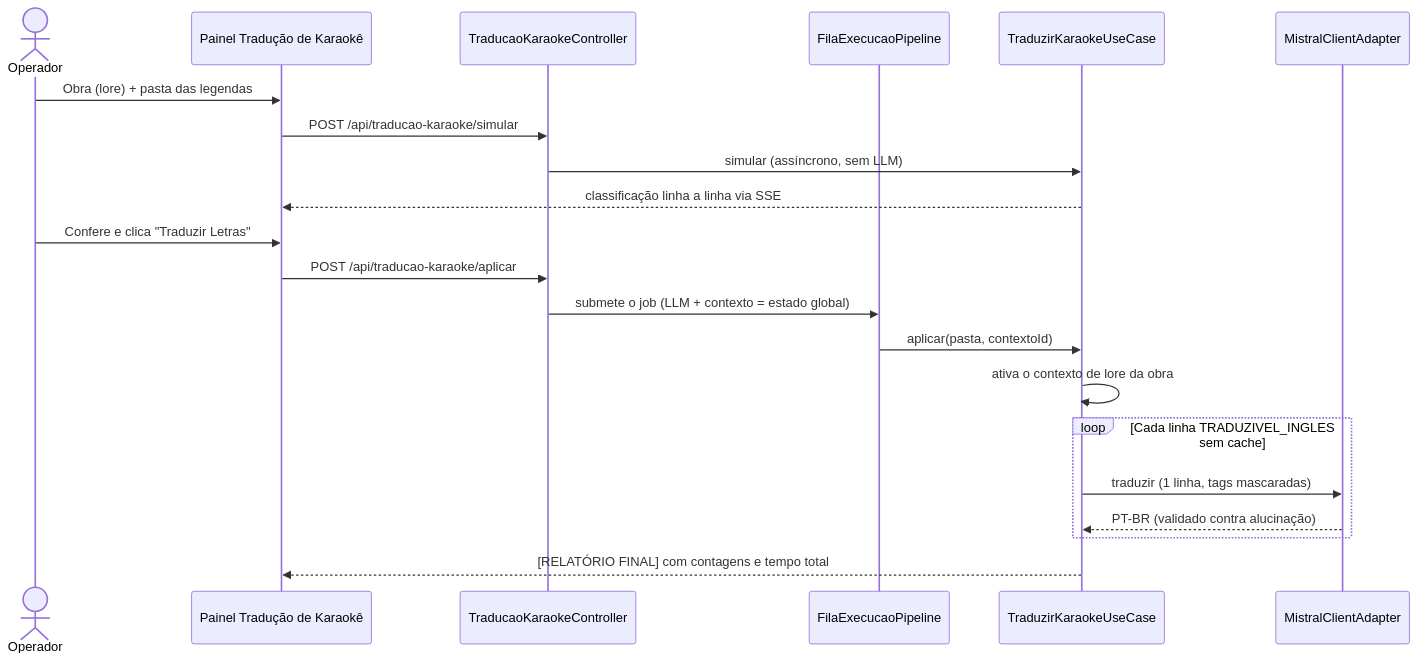
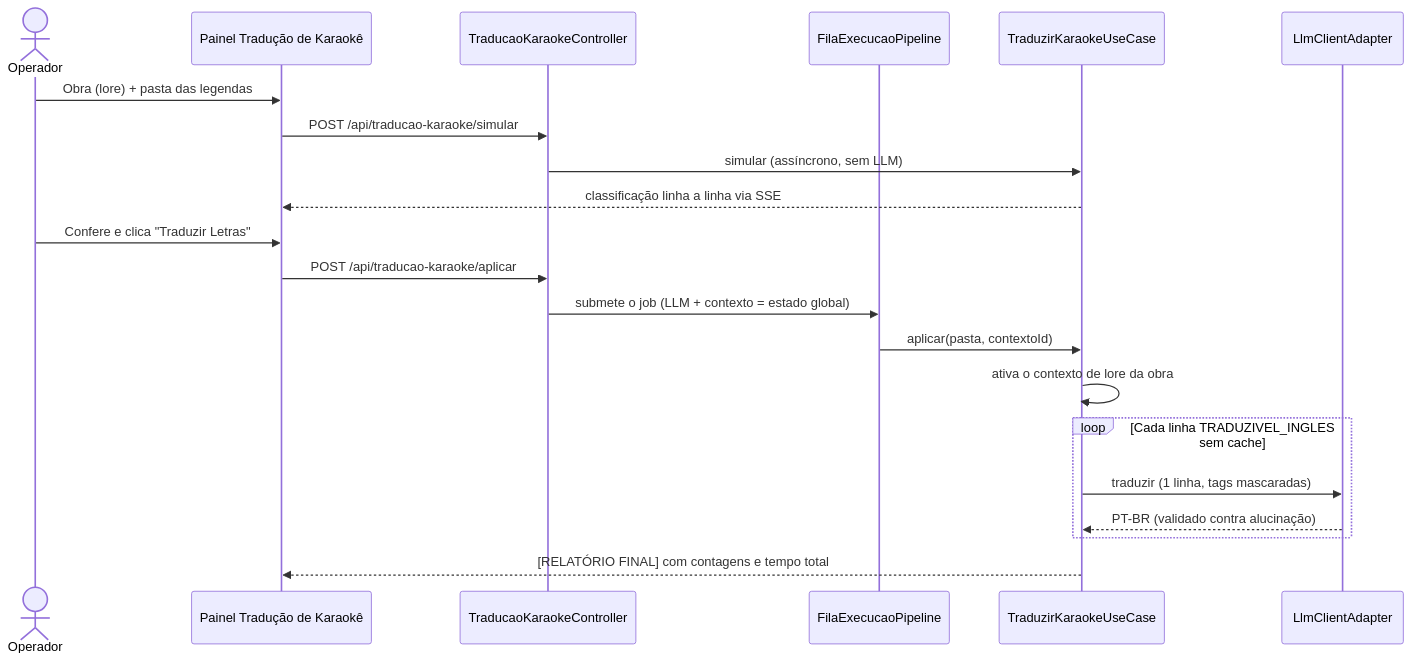
One commit to carmipa/traducao_animes_llm_local_quarkus-1 changed the second of 2 diagrams in docs/22-modulo-traducao-karaoke.md. Above: the diagram before and after it, drawn with Mermaid. The commit also changed 5 other files, not shown here.

````diff
--- a/docs/22-modulo-traducao-karaoke.md
+++ b/docs/22-modulo-traducao-karaoke.md
@@ -65,25 +65,25 @@
 ```mermaid
 sequenceDiagram
     actor Op as Operador
     participant UI as Painel Tradução de Karaokê
     participant API as TraducaoKaraokeController
     participant Fila as FilaExecucaoPipeline
     participant UC as TraduzirKaraokeUseCase
-    participant LLM as MistralClientAdapter
+    participant LLM as LlmClientAdapter
 
     Op->>UI: Obra (lore) + pasta das legendas
     UI->>API: POST /api/traducao-karaoke/simular
     API->>UC: simular (assíncrono, sem LLM)
     UC-->>UI: classificação linha a linha via SSE
 
     Op->>UI: Confere e clica "Traduzir Letras"
     UI->>API: POST /api/traducao-karaoke/aplicar
     API->>Fila: submete o job (LLM + contexto = estado global)
     Fila->>UC: aplicar(pasta, contextoId)
     UC->>UC: ativa o contexto de lore da obra
     loop Cada linha TRADUZIVEL_INGLES sem cache
         UC->>LLM: traduzir (1 linha, tags mascaradas)
         LLM-->>UC: PT-BR (validado contra alucinação)
     end
     UC-->>UI: [RELATÓRIO FINAL] com contagens e tempo total
 ```
````
